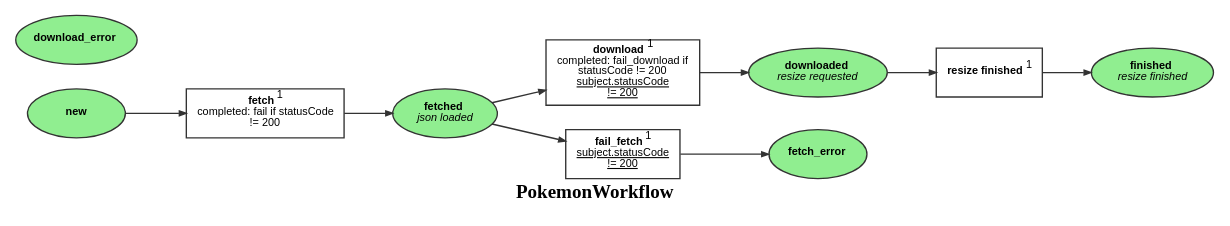
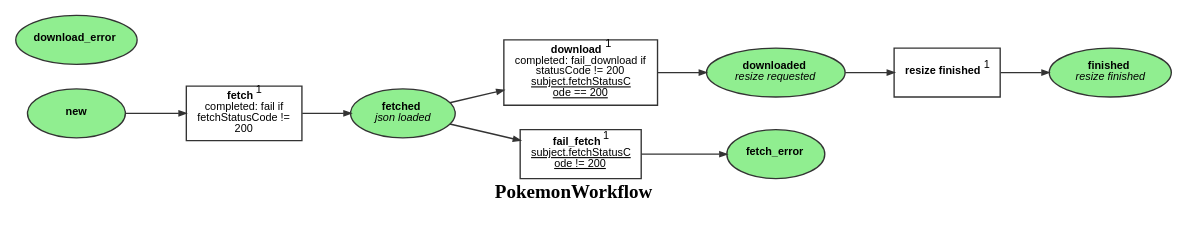
Before and after one commit to survos-sites/pokemon: the diagram in doc/PokemonWorkflow.dot, drawn with Graphviz. The commit also changed 3 other files, not shown here.

```diff
--- a/doc/PokemonWorkflow.dot
+++ b/doc/PokemonWorkflow.dot
@@ -1,24 +1,24 @@
 digraph workflow {
   ratio="compress" rankdir="LR" label=<<B>PokemonWorkflow</B>>
   node [fontsize="8" fontname="Arial" color="#333333" fillcolor="lightgreen" fixedsize="false" width="1"];
   edge [fontsize="7" fontname="Arial" color="#333333" arrowhead="normal" arrowsize="0.5"];
 
   place_new [label=<<B>new</B>>, shape=oval fillcolor="lightgreen" style="filled"];
   place_fetched [label=<<B>fetched</B><BR/><I>json loaded</I>>, shape=oval fillcolor="lightgreen" style="filled"];
   place_downloaded [label=<<B>downloaded</B><BR/><I>resize requested</I>>, shape=oval fillcolor="lightgreen" style="filled"];
   place_finished [label=<<B>finished</B><BR/><I>resize finished</I>>, shape=oval fillcolor="lightgreen" style="filled"];
   place_fetch_error [label=<<B>fetch_error</B>>, shape=oval fillcolor="lightgreen" style="filled"];
   place_download_error [label=<<B>download_error</B>>, shape=oval fillcolor="lightgreen" style="filled"];
-  transition_0 [label=<<B>fetch</B><SUP>1</SUP><BR/>completed: fail if statusCode<BR/>!= 200>, shape="box" regular=""];
-  transition_1 [label=<<B>download</B><SUP>1</SUP><BR/>completed: fail_download if<BR/>statusCode != 200<BR/><U>subject.statusCode<BR/>!= 200</U>>, shape="box" regular=""];
-  transition_2 [label=<<B>fail_fetch</B><SUP>1</SUP><BR/><U>subject.statusCode<BR/>!= 200</U>>, shape="box" regular=""];
+  transition_0 [label=<<B>fetch</B><SUP>1</SUP><BR/>completed: fail if<BR/>fetchStatusCode !=<BR/>200>, shape="box" regular=""];
+  transition_1 [label=<<B>download</B><SUP>1</SUP><BR/>completed: fail_download if<BR/>statusCode != 200<BR/><U>subject.fetchStatusC<BR/>ode == 200</U>>, shape="box" regular=""];
+  transition_2 [label=<<B>fail_fetch</B><SUP>1</SUP><BR/><U>subject.fetchStatusC<BR/>ode != 200</U>>, shape="box" regular=""];
   transition_3 [label=<<B>resize finished</B><SUP>1</SUP>>, shape="box" regular=""];
   place_new -> transition_0 [style="solid", comment="new"];
   transition_0 -> place_fetched [style="solid"];
   place_fetched -> transition_1 [style="solid", comment="fetched"];
   transition_1 -> place_downloaded [style="solid"];
   place_fetched -> transition_2 [style="solid", comment="fetched"];
   transition_2 -> place_fetch_error [style="solid"];
   place_downloaded -> transition_3 [style="solid", comment="downloaded"];
   transition_3 -> place_finished [style="solid"];
 }
```
